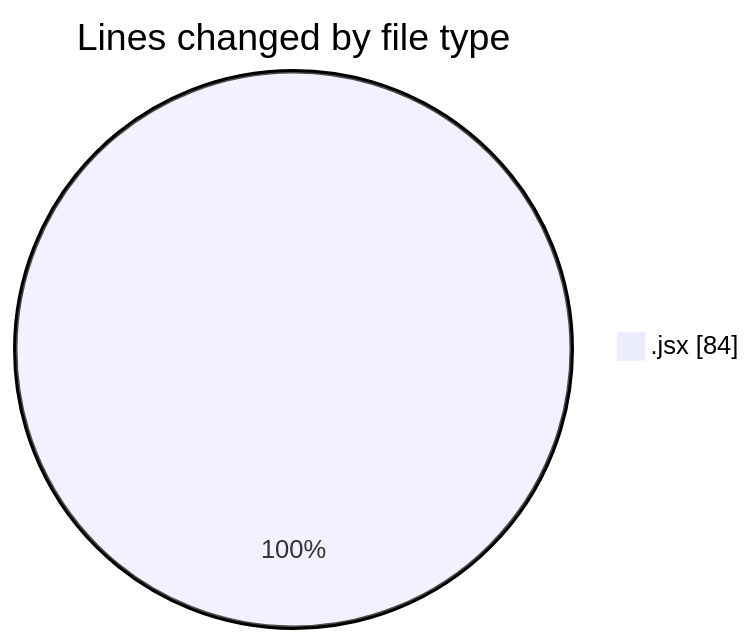
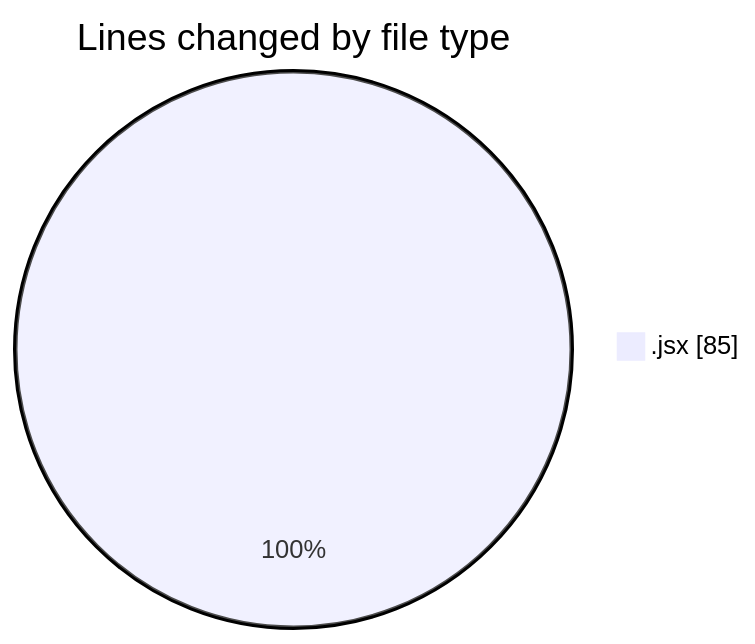
The first of 2 diagrams in 2025-01-29/react/README.md (Elitesun/code-tracking), drawn with Mermaid before and after one commit. The commit also changed other lines of this file and 1 other file, not shown here.

````diff
--- a/2025-01-29/react/README.md
+++ b/2025-01-29/react/README.md
@@ -23,5 +24,5 @@
 ```mermaid
 pie showData
 title Lines changed by file type
-".jsx" : 84
+".jsx" : 85
 ```
````
